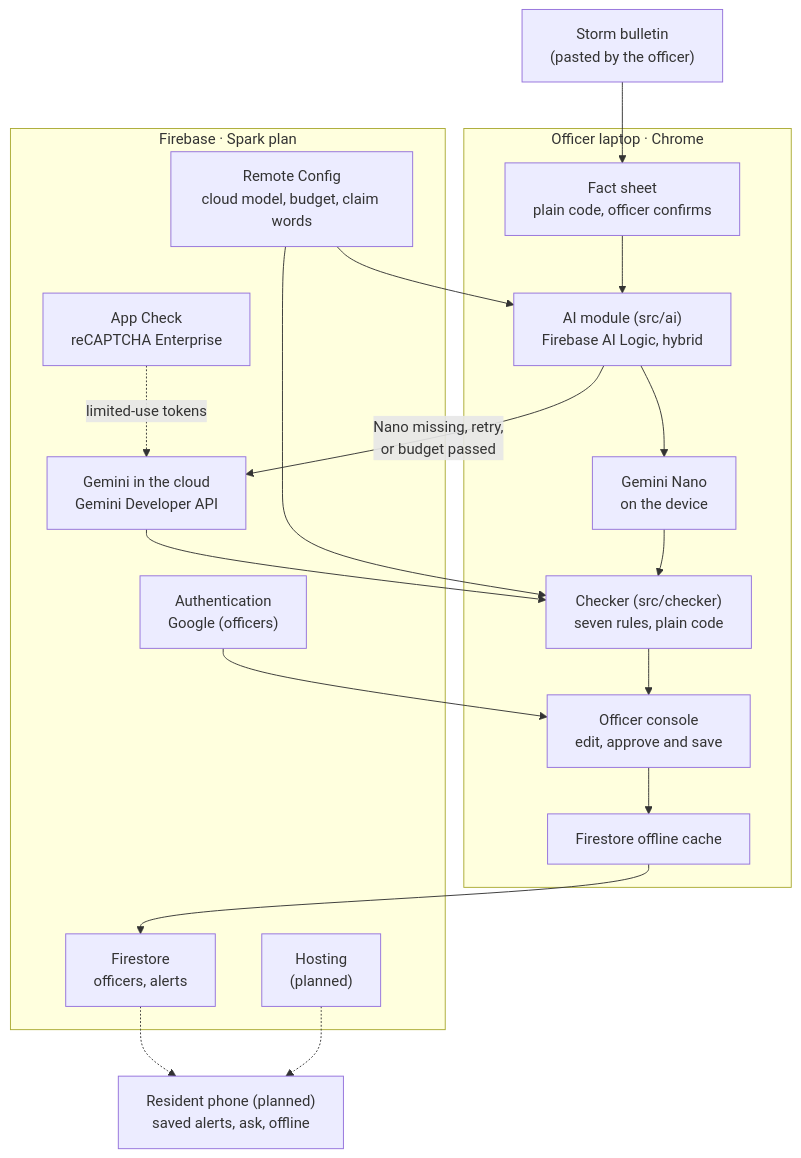
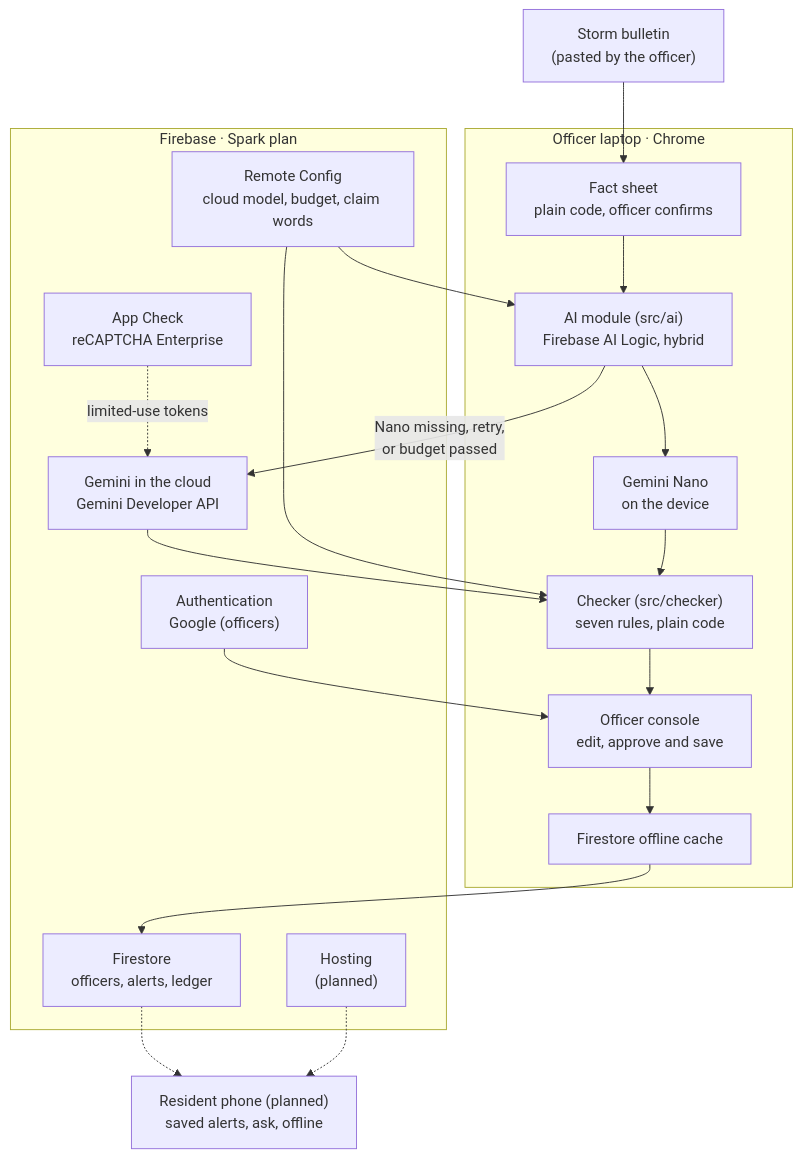
One commit to pimcabanlit/babala changed the diagram in docs/architecture.md. Above: the diagram before and after it, drawn with Mermaid. The commit also changed other lines of this file and 24 other files, not shown here.

````diff
--- a/docs/architecture.md
+++ b/docs/architecture.md
@@ -9,40 +9,40 @@
 ```mermaid
 flowchart TB
     bulletin["Storm bulletin<br/>(pasted by the officer)"]
 
     subgraph laptop["Officer laptop · Chrome"]
         facts["Fact sheet<br/>plain code, officer confirms"]
         ai["AI module (src/ai)<br/>Firebase AI Logic, hybrid"]
         nano["Gemini Nano<br/>on the device"]
         checker["Checker (src/checker)<br/>seven rules, plain code"]
         console["Officer console<br/>edit, approve and save"]
         cache["Firestore offline cache"]
     end
 
     subgraph firebase["Firebase · Spark plan"]
         cloud["Gemini in the cloud<br/>Gemini Developer API"]
         appcheck["App Check<br/>reCAPTCHA Enterprise"]
         auth["Authentication<br/>Google (officers)"]
         rc["Remote Config<br/>cloud model, budget, claim words"]
-        fs["Firestore<br/>officers, alerts"]
+        fs["Firestore<br/>officers, alerts, ledger"]
         hosting["Hosting<br/>(planned)"]
     end
 
     phone["Resident phone (planned)<br/>saved alerts, ask, offline"]
 
     bulletin --> facts
     facts --> ai
     ai --> nano
     ai -->|"Nano missing, retry,<br/>or budget passed"| cloud
     appcheck -.->|"limited-use tokens"| cloud
     nano --> checker
     cloud --> checker
     checker --> console
     rc --> ai
     rc --> checker
     auth --> console
     console --> cache
     cache --> fs
     fs -.-> phone
     hosting -.-> phone
 ```
````
